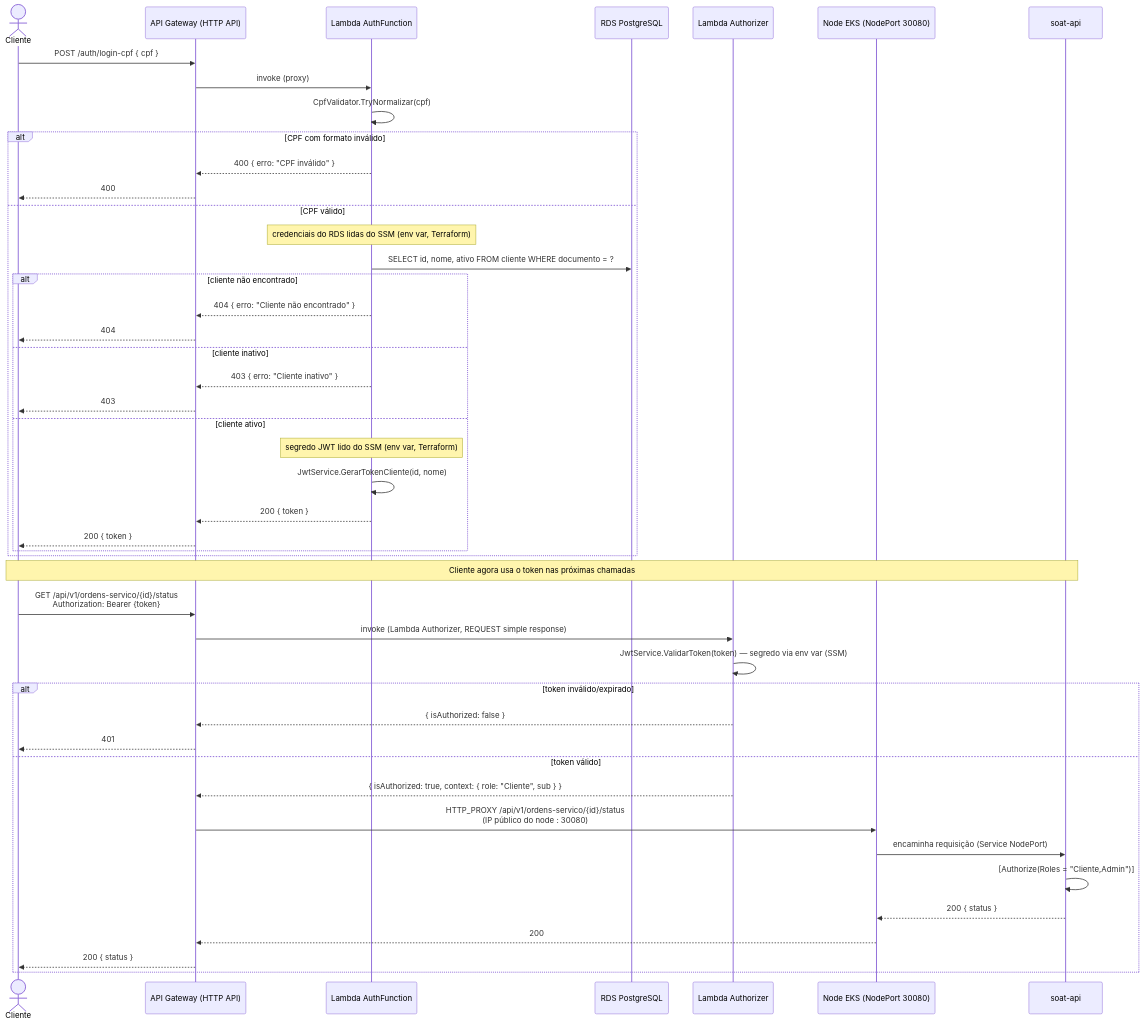
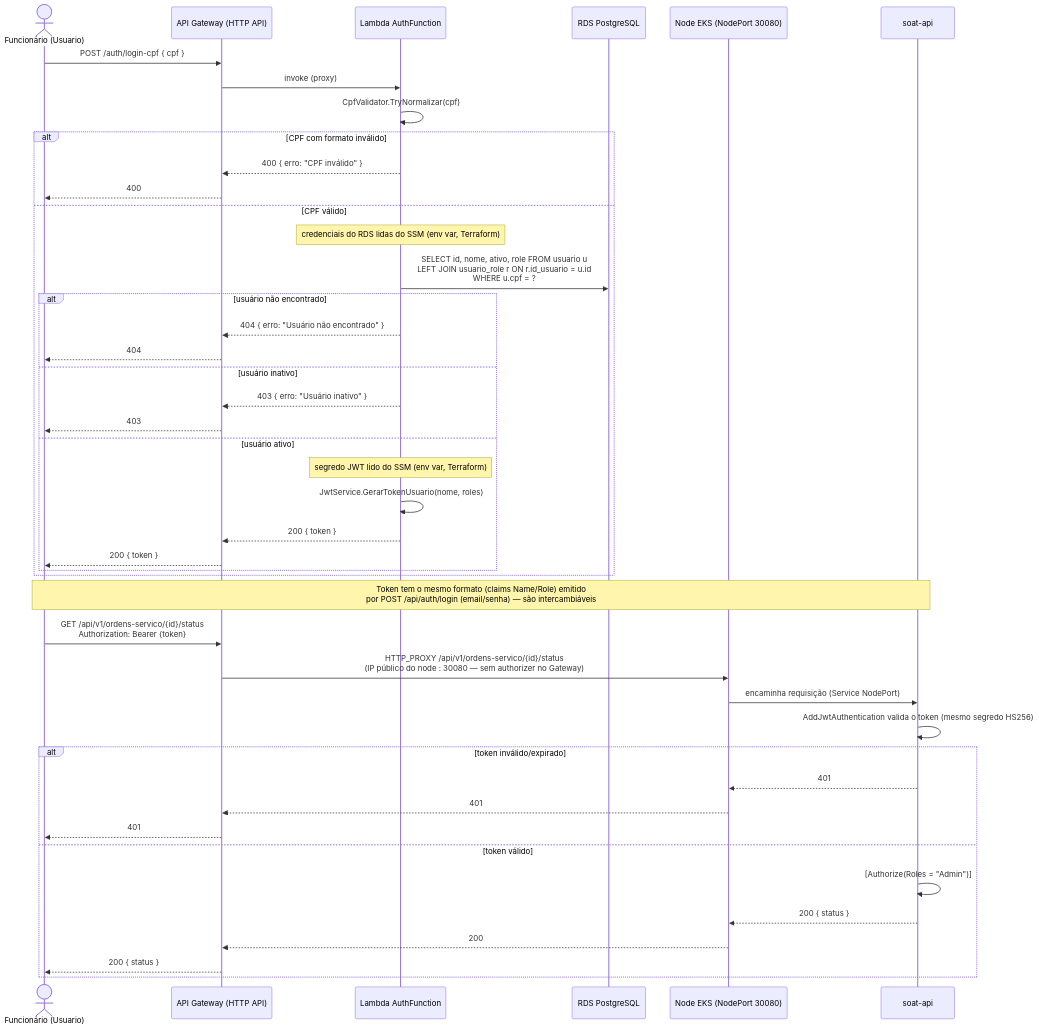
One commit to monnclaro/soat-tech-challenge changed the diagram in docs/sequence-auth-cpf.md. Above: the diagram before and after it, drawn with Mermaid. The commit also changed other lines of this file and 23 other files, not shown here.

First line of the commit message:
refactor: login por CPF autentica Usuario (funcionario), nao Cliente

````diff
--- a/docs/sequence-auth-cpf.md
+++ b/docs/sequence-auth-cpf.md
@@ -5,51 +5,49 @@
 ```mermaid
 sequenceDiagram
-    actor Cliente
+    actor Func as Funcionário (Usuario)
     participant GW as API Gateway (HTTP API)
     participant Auth as Lambda AuthFunction
     participant RDS as RDS PostgreSQL
-    participant Authz as Lambda Authorizer
     participant Node as Node EKS (NodePort 30080)
     participant API as soat-api
 
-    Cliente->>GW: POST /auth/login-cpf { cpf }
+    Func->>GW: POST /auth/login-cpf { cpf }
     GW->>Auth: invoke (proxy)
     Auth->>Auth: CpfValidator.TryNormalizar(cpf)
     alt CPF com formato inválido
         Auth-->>GW: 400 { erro: "CPF inválido" }
-        GW-->>Cliente: 400
+        GW-->>Func: 400
     else CPF válido
         Note over Auth: credenciais do RDS lidas do SSM (env var, Terraform)
-        Auth->>RDS: SELECT id, nome, ativo FROM cliente WHERE documento = ?
-        alt cliente não encontrado
-            Auth-->>GW: 404 { erro: "Cliente não encontrado" }
-            GW-->>Cliente: 404
-        else cliente inativo
-            Auth-->>GW: 403 { erro: "Cliente inativo" }
-            GW-->>Cliente: 403
-        else cliente ativo
+        Auth->>RDS: SELECT id, nome, ativo, role FROM usuario u<br/>LEFT JOIN usuario_role r ON r.id_usuario = u.id<br/>WHERE u.cpf = ?
+        alt usuário não encontrado
+            Auth-->>GW: 404 { erro: "Usuário não encontrado" }
+            GW-->>Func: 404
+        else usuário inativo
+            Auth-->>GW: 403 { erro: "Usuário inativo" }
+            GW-->>Func: 403
+        else usuário ativo
             Note over Auth: segredo JWT lido do SSM (env var, Terraform)
-            Auth->>Auth: JwtService.GerarTokenCliente(id, nome)
+            Auth->>Auth: JwtService.GerarTokenUsuario(nome, roles)
             Auth-->>GW: 200 { token }
-            GW-->>Cliente: 200 { token }
+            GW-->>Func: 200 { token }
         end
     end
 
-    Note over Cliente,API: Cliente agora usa o token nas próximas chamadas
+    Note over Func,API: Token tem o mesmo formato (claims Name/Role) emitido<br/>por POST /api/auth/login (email/senha) — são intercambiáveis
 
-    Cliente->>GW: GET /api/v1/ordens-servico/{id}/status<br/>Authorization: Bearer {token}
-    GW->>Authz: invoke (Lambda Authorizer, REQUEST simple response)
-    Authz->>Authz: JwtService.ValidarToken(token) — segredo via env var (SSM)
+    Func->>GW: GET /api/v1/ordens-servico/{id}/status<br/>Authorization: Bearer {token}
+    GW->>Node: HTTP_PROXY /api/v1/ordens-servico/{id}/status<br/>(IP público do node : 30080 — sem authorizer no Gateway)
+    Node->>API: encaminha requisição (Service NodePort)
+    API->>API: AddJwtAuthentication valida o token (mesmo segredo HS256)
     alt token inválido/expirado
-        Authz-->>GW: { isAuthorized: false }
-        GW-->>Cliente: 401
+        API-->>Node: 401
+        Node-->>GW: 401
+        GW-->>Func: 401
     else token válido
-        Authz-->>GW: { isAuthorized: true, context: { role: "Cliente", sub } }
-        GW->>Node: HTTP_PROXY /api/v1/ordens-servico/{id}/status<br/>(IP público do node : 30080)
-        Node->>API: encaminha requisição (Service NodePort)
-        API->>API: [Authorize(Roles = "Cliente,Admin")]
+        API->>API: [Authorize(Roles = "Admin")]
         API-->>Node: 200 { status }
         Node-->>GW: 200
-        GW-->>Cliente: 200 { status }
+        GW-->>Func: 200 { status }
     end
 ```
````
